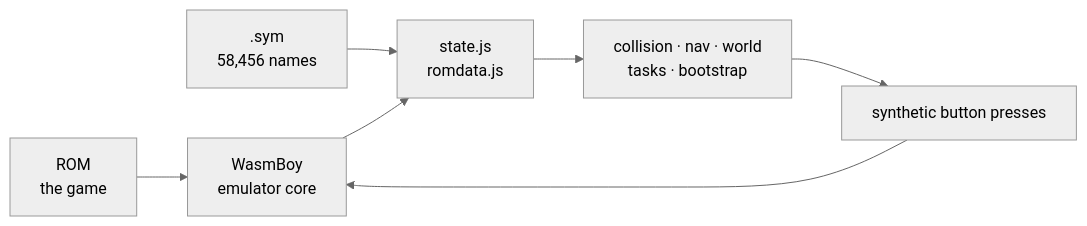
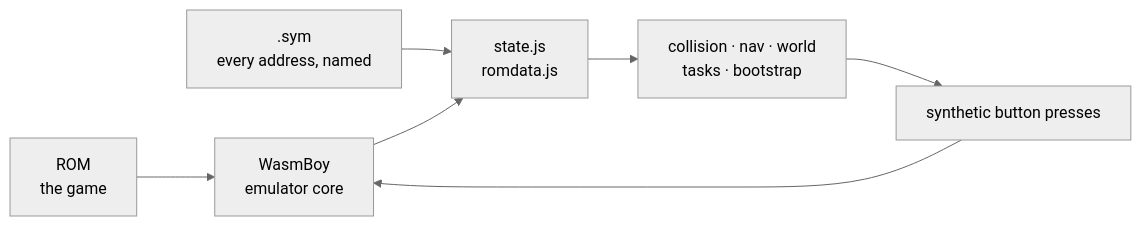
Before and after one commit to minormending/crystal-pilot-mobile: the first of 12 diagrams in docs/CODE.md, drawn with Mermaid (neutral theme). The commit also changed other lines of this file and 3 other files, not shown here.

````diff
--- a/docs/CODE.md
+++ b/docs/CODE.md
@@ -54,9 +54,9 @@
 ```mermaid
 flowchart LR
     ROM["ROM<br/>the game"] --> CORE["WasmBoy<br/>emulator core"]
-    SYM[".sym<br/>58,456 names"] --> READ["state.js<br/>romdata.js"]
+    SYM[".sym<br/>every address, named"] --> READ["state.js<br/>romdata.js"]
     CORE --> READ
     READ --> THINK["collision · nav · world<br/>tasks · bootstrap"]
     THINK --> PRESS["synthetic button presses"]
     PRESS --> CORE
 ```
````
